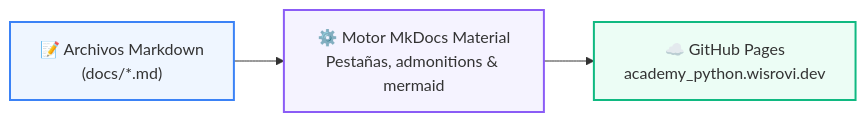
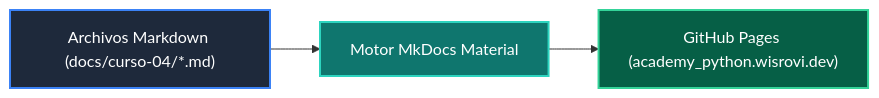
Before and after one commit to wisrovi/wisrovi-python: the diagram in docs/curso-04/README.md, drawn with Mermaid. The commit also changed other lines of this file and 271 other files, not shown here.

Commit message:
docs: rewrite all README.md files with bespoke topic-specific Mermaid diagrams and remove repetitive boilerplate

````diff
--- a/docs/curso-04/README.md
+++ b/docs/curso-04/README.md
@@ -10,9 +10,9 @@
 ```mermaid
 flowchart LR
-    SRC["📝 Archivos Markdown<br/>(docs/*.md)"] --> MKDOCS["⚙️ Motor MkDocs Material<br/>Pestañas, admonitions & mermaid"]
-    MKDOCS --> GHPAGES["☁️ GitHub Pages<br/>academy_python.wisrovi.dev"]
+    MD["Archivos Markdown (docs/curso-04/*.md)"] --> MKD["Motor MkDocs Material"]
+    MKD --> GHP["GitHub Pages (academy_python.wisrovi.dev)"]
 
-    style SRC fill:#eff6ff,stroke:#3b82f6,stroke-width:2px
-    style MKDOCS fill:#f5f3ff,stroke:#8b5cf6,stroke-width:2px
-    style GHPAGES fill:#ecfdf5,stroke:#10b981,stroke-width:2px
+    style MD fill:#1e293b,color:#fff,stroke:#3b82f6,stroke-width:2px
+    style MKD fill:#0f766e,color:#fff,stroke:#2dd4bf,stroke-width:2px
+    style GHP fill:#065f46,color:#fff,stroke:#34d399,stroke-width:2px
 ```
````
